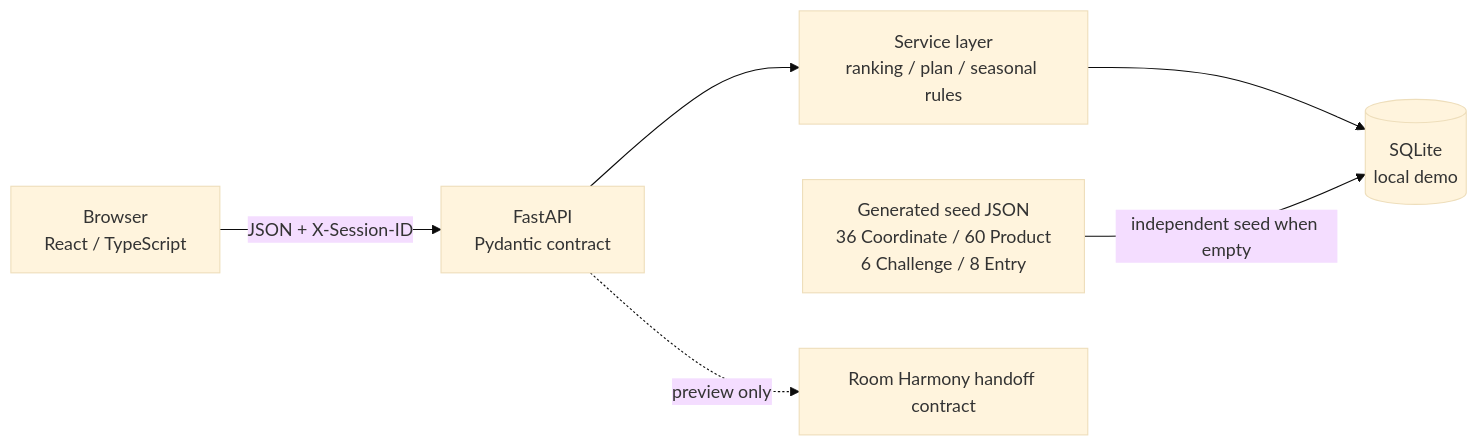
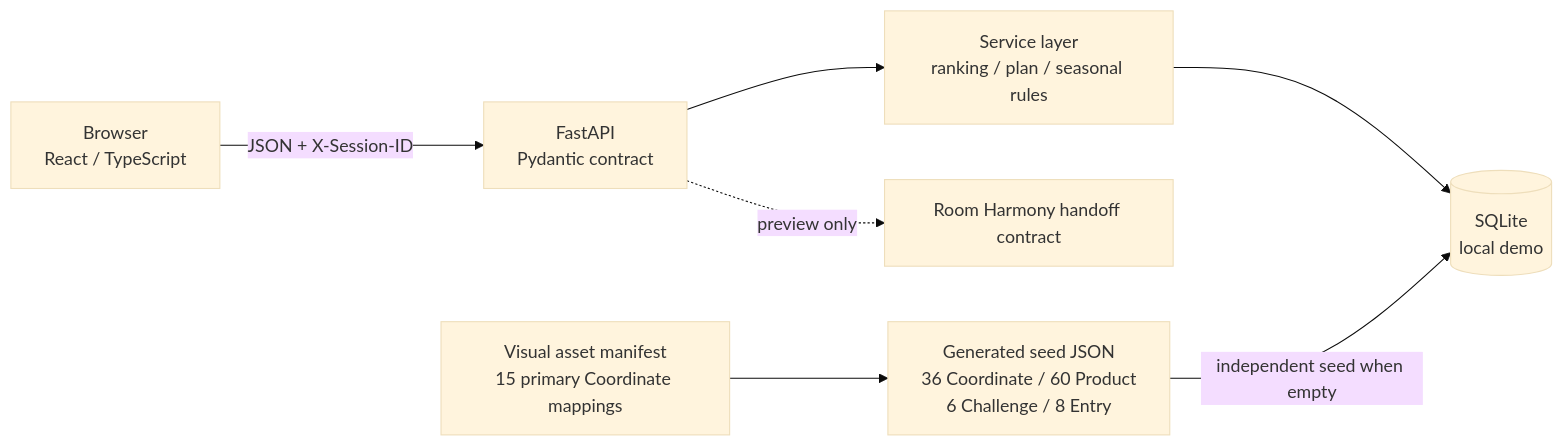
Before and after one commit to Raiden-Blade/room-harmony-community: the diagram in docs/architecture/implementation.md, drawn with Mermaid (base theme). The commit also changed other lines of this file and 140 other files, not shown here.

````diff
--- a/docs/architecture/implementation.md
+++ b/docs/architecture/implementation.md
@@ -5,8 +5,9 @@
 ```mermaid
 flowchart LR
   B[Browser<br/>React / TypeScript] -->|JSON + X-Session-ID| A[FastAPI<br/>Pydantic contract]
   A --> S[Service layer<br/>ranking / plan / seasonal rules]
   S --> D[(SQLite<br/>local demo)]
   G[Generated seed JSON<br/>36 Coordinate / 60 Product<br/>6 Challenge / 8 Entry] -->|independent seed when empty| D
+  V[Visual asset manifest<br/>15 primary Coordinate mappings] --> G
   A -. preview only .-> H[Room Harmony handoff contract]
 ```
````
